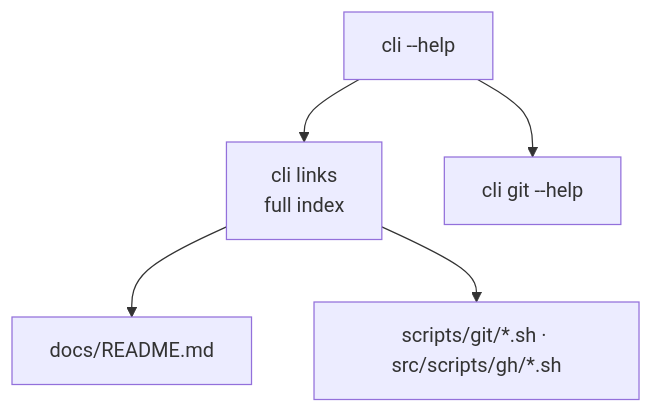
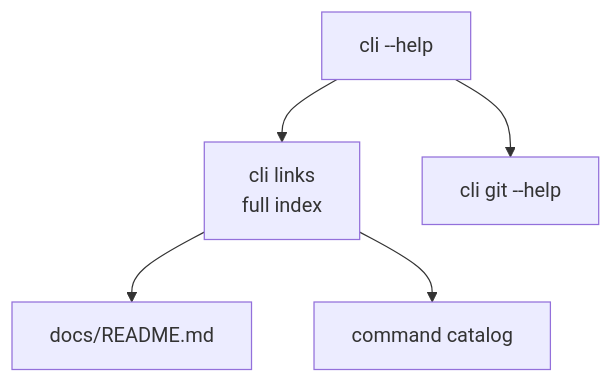
The seventh of 7 diagrams in docs/workflows.md (gardusig/cli), drawn with Mermaid before and after one commit. The commit also changed other lines of this file and 281 other files, not shown here.

````diff
--- a/docs/workflows.md
+++ b/docs/workflows.md
@@ -218,7 +238,7 @@
 ```mermaid
 flowchart TD
     A["cli --help"] --> B["cli links<br/>full index"]
     B --> C["docs/README.md"]
-    B --> D["scripts/git/*.sh · src/scripts/gh/*.sh"]
+    B --> D["command catalog"]
     A --> F["cli git --help"]
 ```
````
